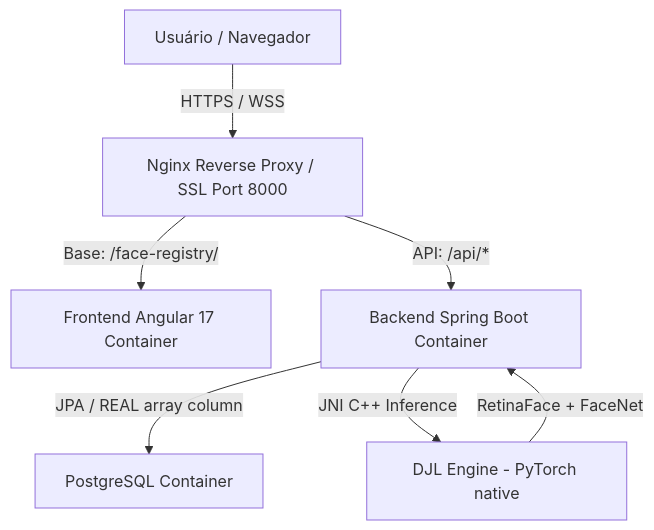
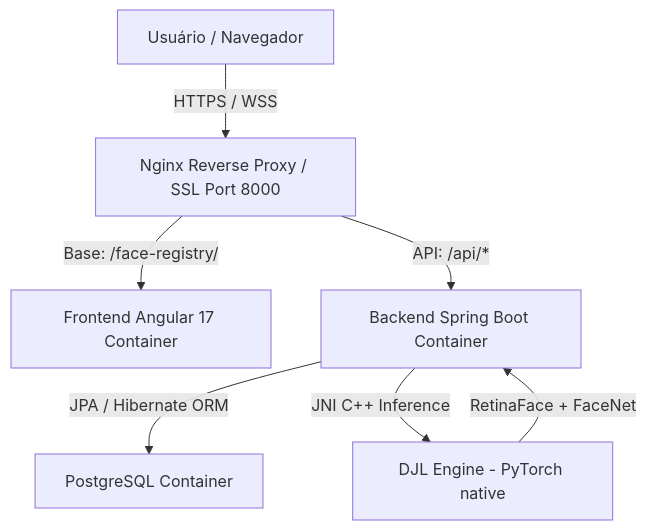
Before and after one commit to batistell/face-registry: the diagram in README.md, drawn with Mermaid. The commit also changed other lines of this file and 4 other files, not shown here.

````diff
--- a/README.md
+++ b/README.md
@@ -28,9 +28,9 @@
 ```mermaid
 graph TD
     A[Usuário / Navegador] -->|HTTPS / WSS| B[Nginx Reverse Proxy / SSL Port 8000]
     B -->|Base: /face-registry/| C[Frontend Angular 17 Container]
     B -->|API: /api/*| D[Backend Spring Boot Container]
-    D -->|JPA / REAL array column| E[PostgreSQL Container]
+    D -->|JPA / Hibernate ORM| E[PostgreSQL Container]
     D -->|JNI C++ Inference| F[DJL Engine - PyTorch native]
     F -->|RetinaFace + FaceNet| D
 ```
````
